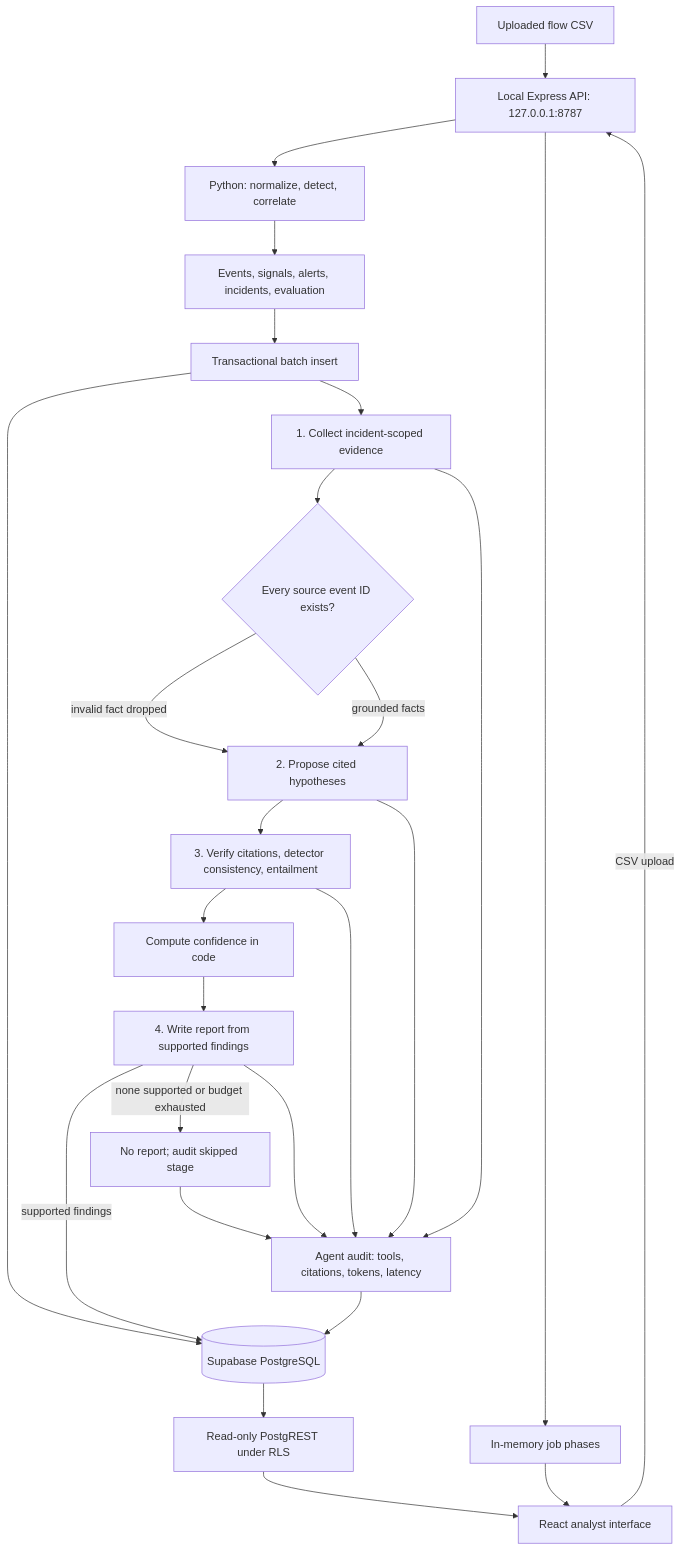
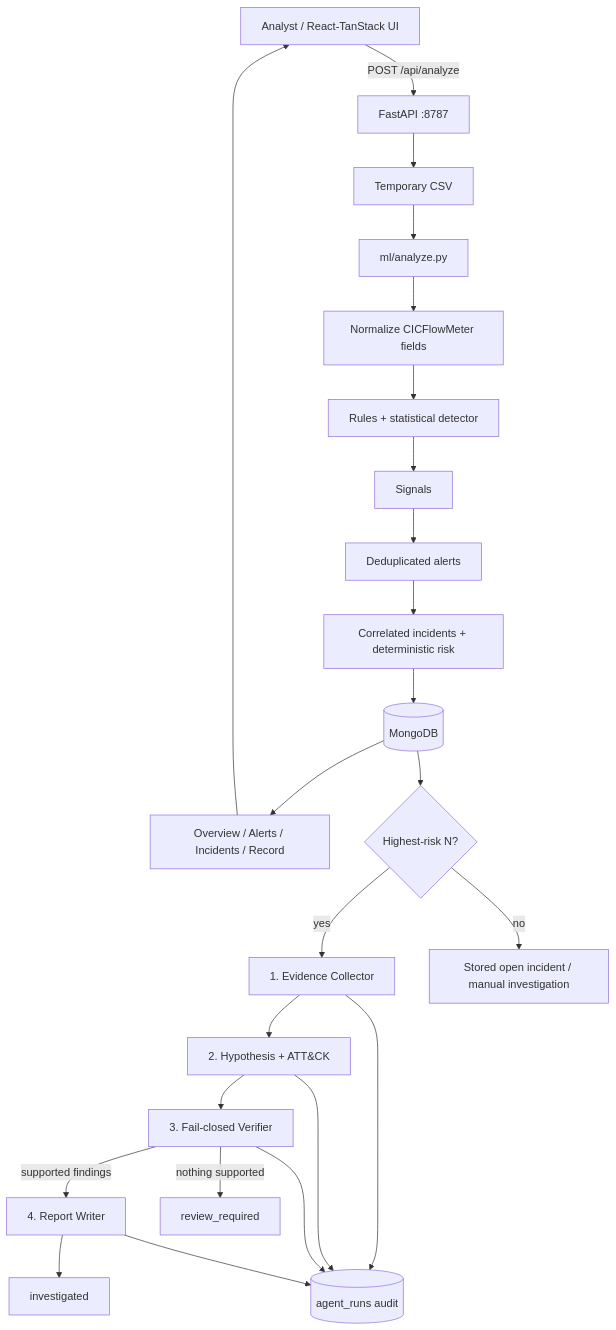
One commit to dhruvmankame/AI-SOC changed the diagram in docs/architecture.md. Above: the diagram before and after it, drawn with Mermaid. The commit also changed other lines of this file and 13 other files, not shown here.

````diff
--- a/docs/architecture.md
+++ b/docs/architecture.md
@@ -6,28 +5,31 @@
 ```mermaid
 flowchart TD
-  CSV[Uploaded flow CSV] --> API[Local Express API: 127.0.0.1:8787]
-  API --> PY[Python: normalize, detect, correlate]
-  PY --> JSON[Events, signals, alerts, incidents, evaluation]
-  JSON --> TX[Transactional batch insert]
-  TX --> DB[(Supabase PostgreSQL)]
-  TX --> C[1. Collect incident-scoped evidence]
-  C --> CG{Every source event ID exists?}
-  CG -->|invalid fact dropped| H[2. Propose cited hypotheses]
-  CG -->|grounded facts| H
-  H --> V[3. Verify citations, detector consistency, entailment]
-  V --> S[Compute confidence in code]
-  S --> R[4. Write report from supported findings]
-  R -->|supported findings| DB
-  R -->|none supported or budget exhausted| NO[No report; audit skipped stage]
-  C --> AUD[Agent audit: tools, citations, tokens, latency]
-  H --> AUD
-  V --> AUD
-  R --> AUD
-  NO --> AUD
-  AUD --> DB
-  API --> JOB[In-memory job phases]
-  DB --> REST[Read-only PostgREST under RLS]
-  REST --> UI[React analyst interface]
-  JOB --> UI
-  UI -->|CSV upload| API
+    U[Analyst / React-TanStack UI] -->|POST /api/analyze| API[FastAPI :8787]
+    API --> TMP[Temporary CSV]
+    TMP --> DET[ml/analyze.py]
+
+    DET --> N[Normalize CICFlowMeter fields]
+    N --> D[Rules + statistical detector]
+    D --> S[Signals]
+    S --> A[Deduplicated alerts]
+    A --> C[Correlated incidents + deterministic risk]
+
+    C --> DB[(MongoDB)]
+    DB --> UIREAD[Overview / Alerts / Incidents / Record]
+    UIREAD --> U
+
+    DB --> SEL{Highest-risk N?}
+    SEL -->|yes| E[1. Evidence Collector]
+    SEL -->|no| MAN[Stored open incident / manual investigation]
+
+    E --> H[2. Hypothesis + ATT&CK]
+    H --> V[3. Fail-closed Verifier]
+    V -->|supported findings| R[4. Report Writer]
+    V -->|nothing supported| REVIEW[review_required]
+    R --> DONE[investigated]
+
+    E --> AUD[(agent_runs audit)]
+    H --> AUD
+    V --> AUD
+    R --> AUD
 ```
````
